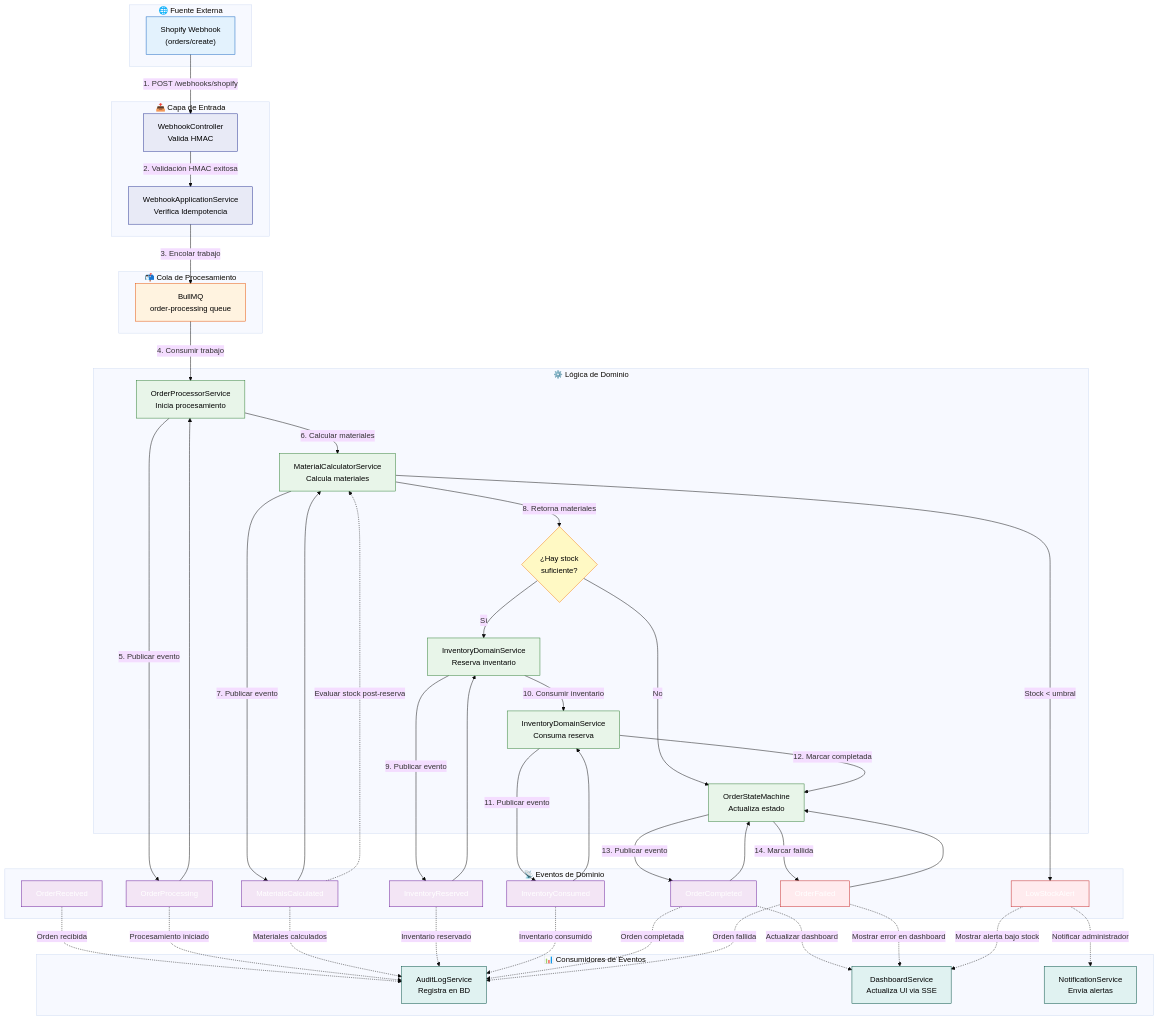
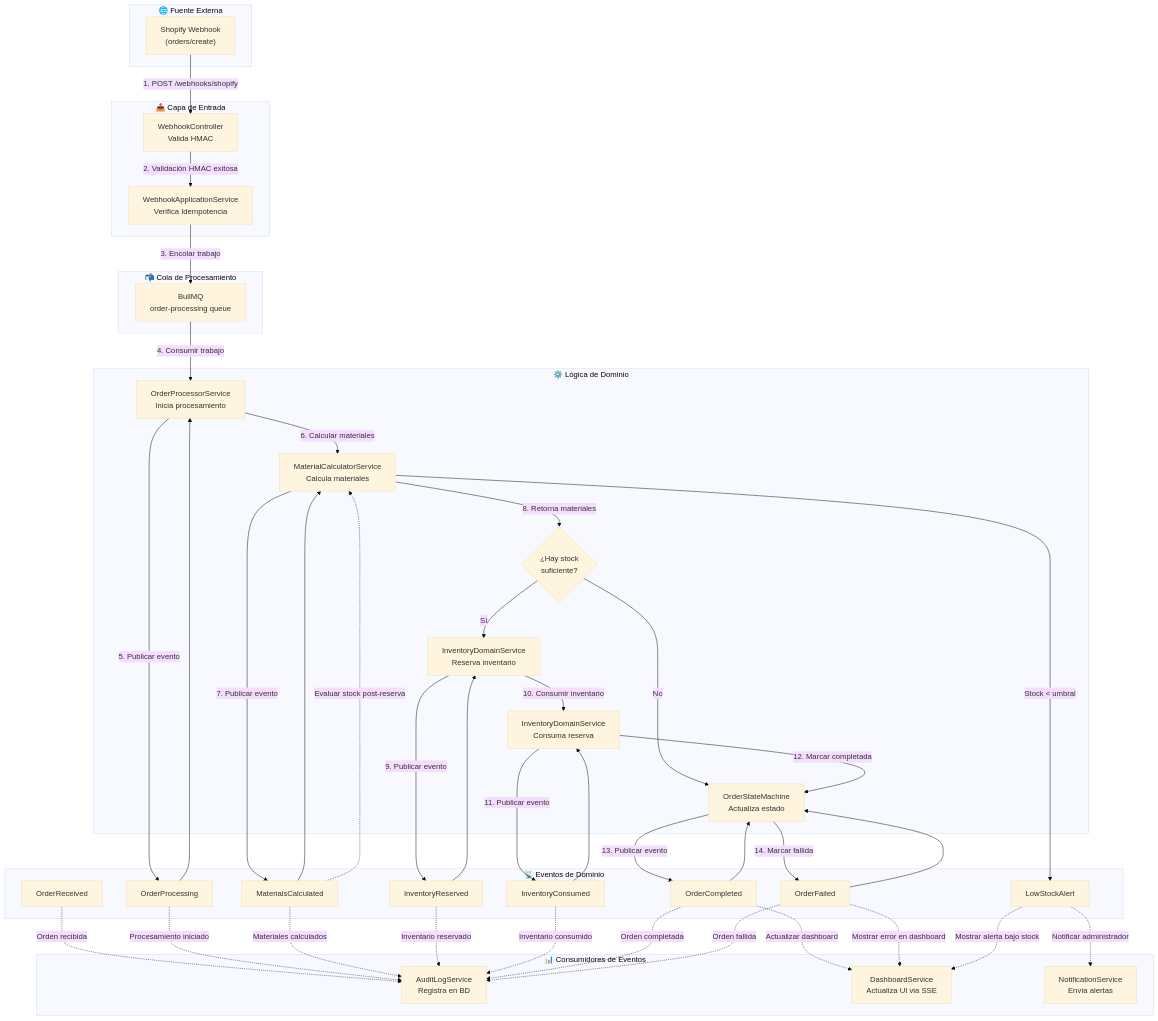
The sixth of 9 diagrams in docs/architecture.md (cloudfly2026-byte/sistema-ordenes-ddd), drawn with Mermaid (base theme) before and after one commit. The commit also changed 1 other file, not shown here.

Commit message:
fix: quitar fondos de colores de diagramas Mermaid para fondo transparente

````diff
--- a/docs/architecture.md
+++ b/docs/architecture.md
@@ -496,26 +496,4 @@
 
     EV3 -.->|"Evaluar stock post-reserva"| F
     F -->|"Stock < umbral"| EV8
-
-    style A fill:#e3f2fd,stroke:#1565c0,color:#000
-    style B fill:#e8eaf6,stroke:#283593,color:#000
-    style C fill:#e8eaf6,stroke:#283593,color:#000
-    style D fill:#fff3e0,stroke:#e65100,color:#000
-    style E fill:#e8f5e9,stroke:#2e7d32,color:#000
-    style F fill:#e8f5e9,stroke:#2e7d32,color:#000
-    style G fill:#fff9c4,stroke:#f57f17,color:#000
-    style H fill:#e8f5e9,stroke:#2e7d32,color:#000
-    style I fill:#e8f5e9,stroke:#2e7d32,color:#000
-    style J fill:#e8f5e9,stroke:#2e7d32,color:#000
-    style EV1 fill:#f3e5f5,stroke:#6a1b9a,color:#fff
-    style EV2 fill:#f3e5f5,stroke:#6a1b9a,color:#fff
-    style EV3 fill:#f3e5f5,stroke:#6a1b9a,color:#fff
-    style EV4 fill:#f3e5f5,stroke:#6a1b9a,color:#fff
-    style EV5 fill:#f3e5f5,stroke:#6a1b9a,color:#fff
-    style EV6 fill:#f3e5f5,stroke:#6a1b9a,color:#fff
-    style EV7 fill:#ffebee,stroke:#c62828,color:#fff
-    style EV8 fill:#ffebee,stroke:#c62828,color:#fff
-    style K fill:#e0f2f1,stroke:#004d40,color:#000
-    style K2 fill:#e0f2f1,stroke:#004d40,color:#000
-    style K3 fill:#e0f2f1,stroke:#004d40,color:#000
 ```
````
